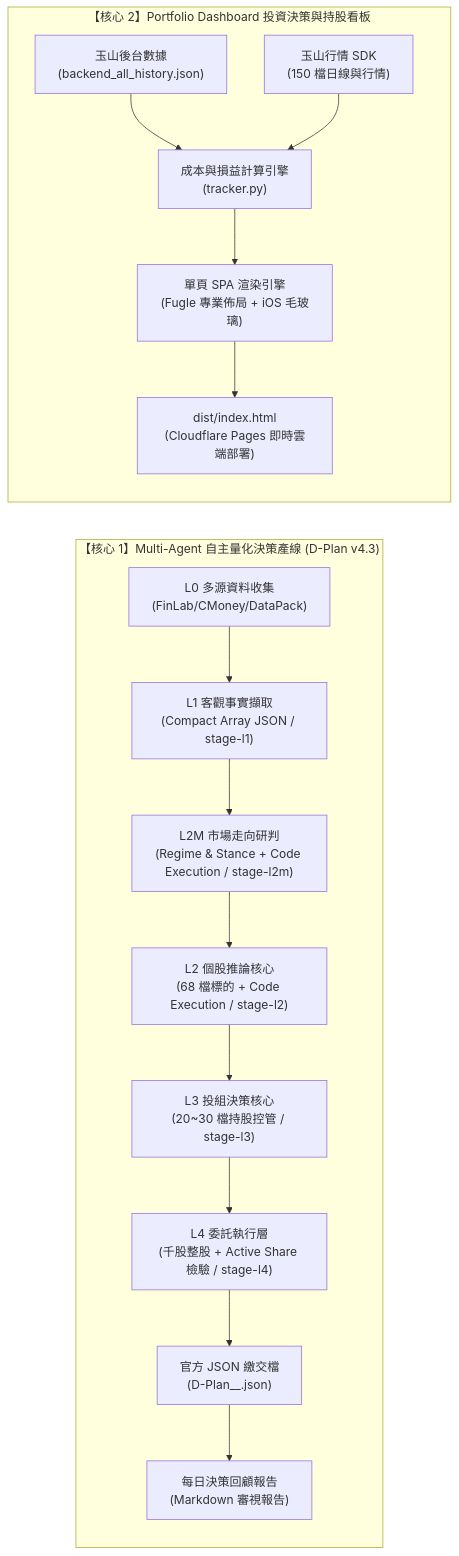
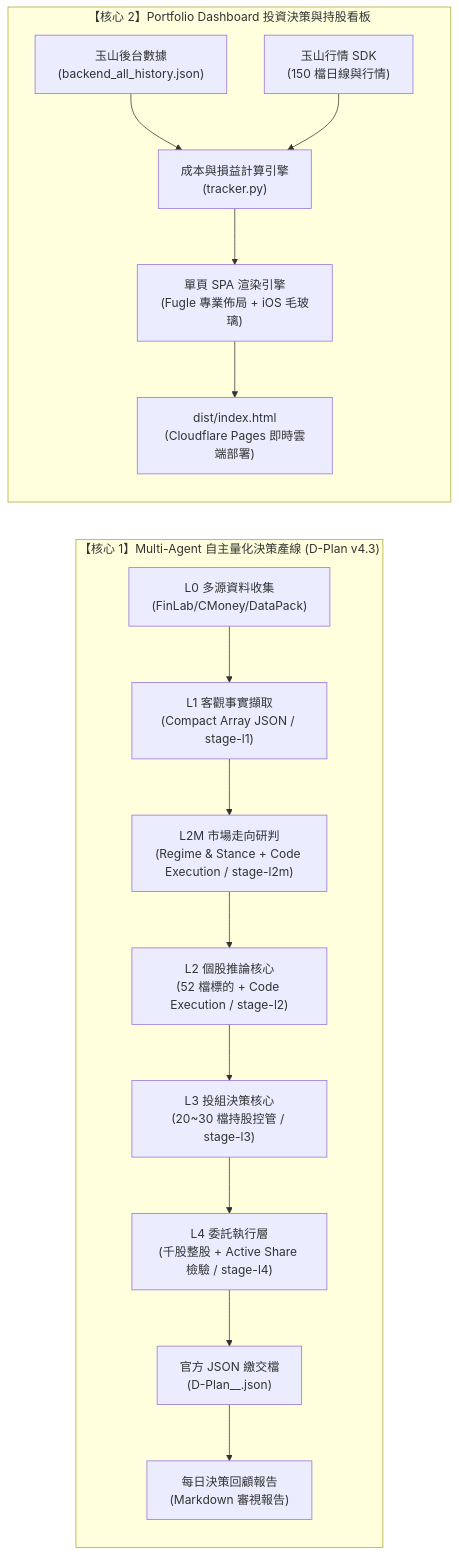
One commit to codyliao0327/esun-ai-cup-2026 changed the first of 2 diagrams in README.md. Above: the diagram before and after it, drawn with Mermaid. The commit also changed other lines of this file and 8 other files, not shown here.

````diff
--- a/README.md
+++ b/README.md
@@ -14,19 +14,19 @@
 ```mermaid
 flowchart LR
     subgraph Core1["【核心 1】Multi-Agent 自主量化決策產線 (D-Plan v4.3)"]
         L0["L0 多源資料收集\n(FinLab/CMoney/DataPack)"] --> L1["L1 客觀事實擷取\n(Compact Array JSON / stage-l1)"]
         L1 --> L2M["L2M 市場走向研判\n(Regime & Stance + Code Execution / stage-l2m)"]
-        L2M --> L2["L2 個股推論核心\n(68 檔標的 + Code Execution / stage-l2)"]
+        L2M --> L2["L2 個股推論核心\n(52 檔標的 + Code Execution / stage-l2)"]
         L2 --> L3["L3 投組決策核心\n(20~30 檔持股控管 / stage-l3)"]
         L3 --> L4["L4 委託執行層\n(千股整股 + Active Share 檢驗 / stage-l4)"]
         L4 --> OUT["官方 JSON 繳交檔\n(D-Plan_<team_id>_<date>.json)"]
         OUT --> REP["每日決策回顧報告\n(Markdown 審視報告)"]
     end
 
     subgraph Core2["【核心 2】Portfolio Dashboard 投資決策與持股看板"]
         BACK["玉山後台數據\n(backend_all_history.json)"] --> TRACK["成本與損益計算引擎\n(tracker.py)"]
         ESUN_API["玉山行情 SDK\n(150 檔日線與行情)"] --> TRACK
         TRACK --> BUILD["單頁 SPA 渲染引擎\n(Fugle 專業佈局 + iOS 毛玻璃)"]
         BUILD --> DIST["dist/index.html\n(Cloudflare Pages 即時雲端部署)"]
     end
 ```
````
